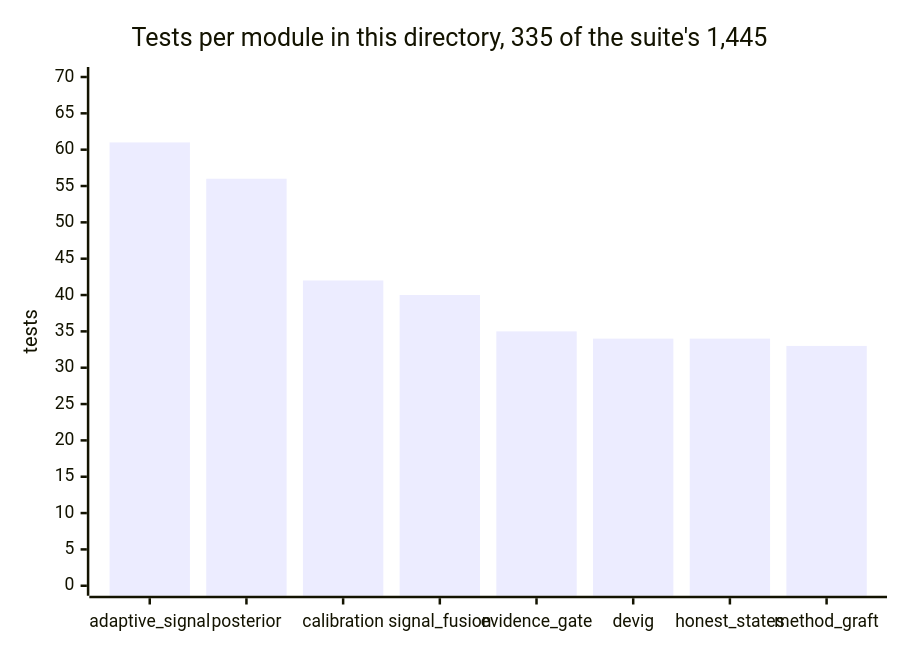
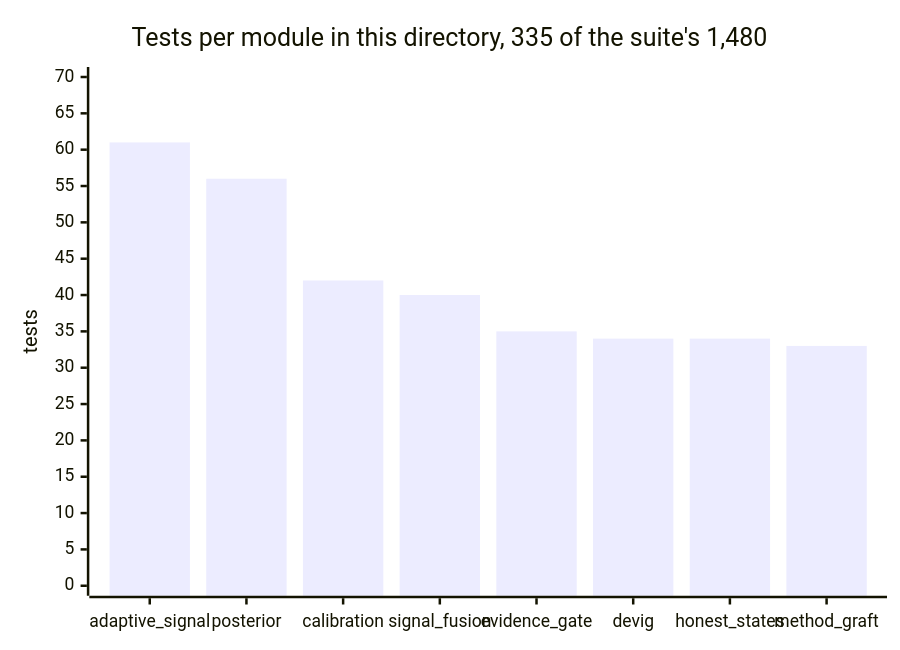
One commit to greeklinux/Showcase changed the ninth of 10 diagrams in polymind/README.md. Above: the diagram before and after it, drawn with Mermaid. The commit also changed other lines of this file and 17 other files, not shown here.

First line of the commit message:
Close six fourth-pass findings and re-derive every published figure

````diff
--- a/polymind/README.md
+++ b/polymind/README.md
@@ -602,7 +602,7 @@
 ```mermaid
 xychart-beta
-    title "Tests per module in this directory, 335 of the suite's 1,445"
+    title "Tests per module in this directory, 335 of the suite's 1,480"
     x-axis ["adaptive_signal", "posterior", "calibration", "signal_fusion", "evidence_gate", "devig", "honest_states", "method_graft"]
     y-axis "tests" 0 --> 70
     bar [61, 56, 42, 40, 35, 34, 34, 33]
 ```
````
